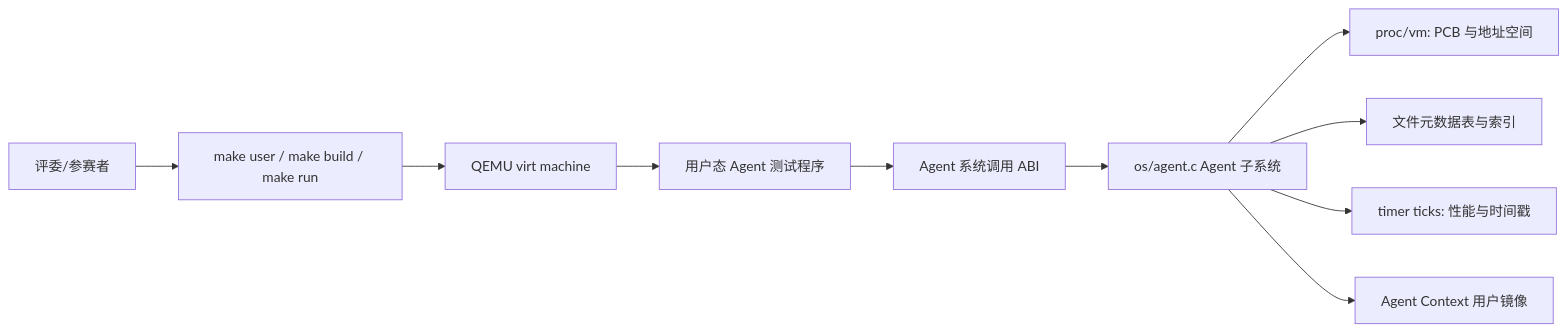
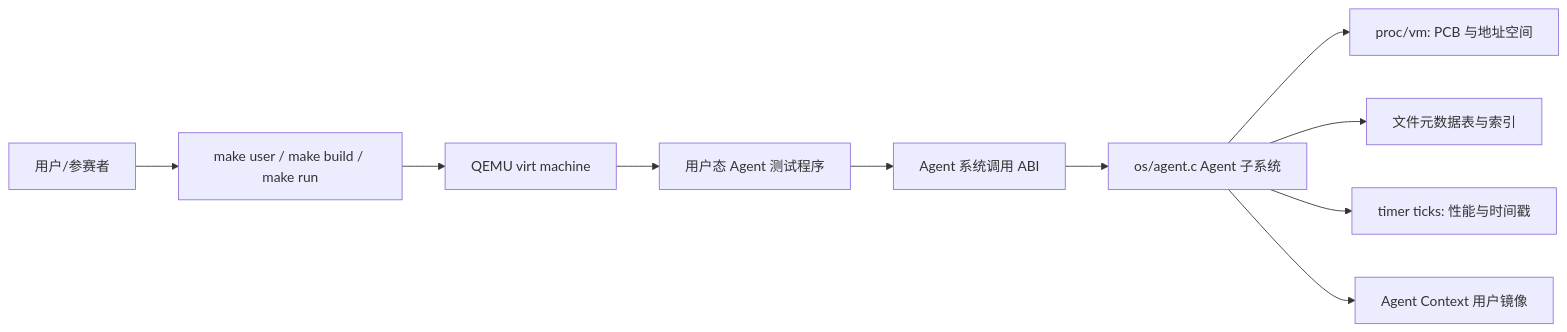
One commit to yushugulao/Agent-OS changed the first of 7 diagrams in docs/design.md. Above: the diagram before and after it, drawn with Mermaid. The commit also changed other lines of this file and 12 other files, not shown here.

````diff
--- a/docs/design.md
+++ b/docs/design.md
@@ -49,12 +49,12 @@
 ```mermaid
 flowchart LR
-    Judge["评委/参赛者"] --> Build["make user / make build / make run"]
+    User["用户/参赛者"] --> Build["make user / make build / make run"]
     Build --> QEMU["QEMU virt machine"]
     QEMU --> UserAgent["用户态 Agent 测试程序"]
     UserAgent --> Syscall["Agent 系统调用 ABI"]
     Syscall --> KernelAgent["os/agent.c Agent 子系统"]
     KernelAgent --> Proc["proc/vm: PCB 与地址空间"]
     KernelAgent --> FileMeta["文件元数据表与索引"]
     KernelAgent --> Clock["timer ticks: 性能与时间戳"]
     KernelAgent --> Context["Agent Context 用户镜像"]
 ```
````
